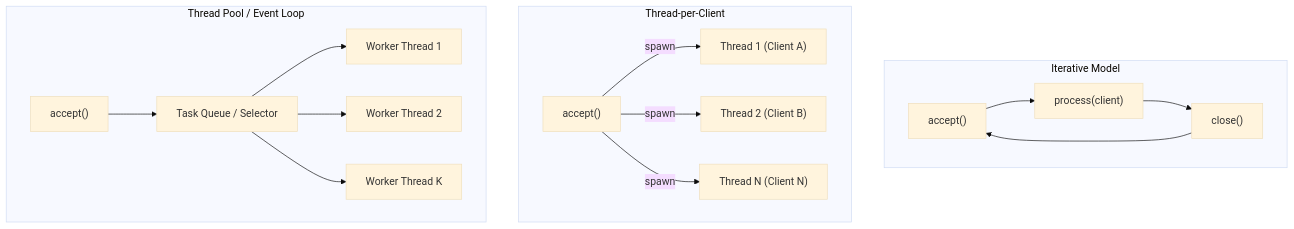
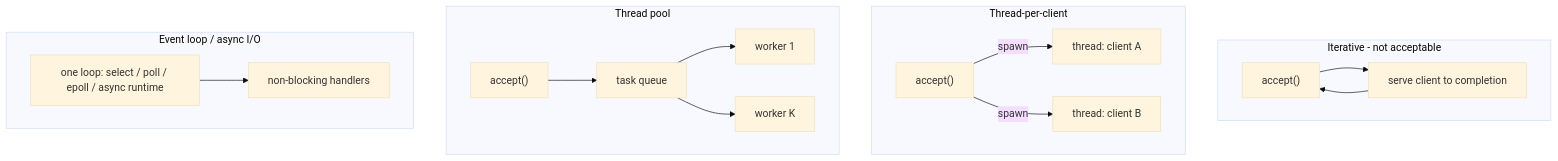
The first of 3 diagrams in docs/architecture.md (hungdn1701/network-programming-starter), drawn with Mermaid (base theme) before and after one commit. The commit also changed other lines of this file and 29 other files, not shown here.

````diff
--- a/docs/architecture.md
+++ b/docs/architecture.md
@@ -11,19 +12,17 @@
 ```mermaid
 graph TD
-    subgraph Iterative Model
-        IT_ACC["accept()"] --> IT_PRO["process(client)"] --> IT_CLO["close()"] --> IT_ACC
+    subgraph Iterative - not acceptable
+        IT_ACC["accept()"] --> IT_PRO["serve client to completion"] --> IT_ACC
     end
-
-    subgraph Thread-per-Client
-        TP_ACC["accept()"] -->|spawn| T1["Thread 1 (Client A)"]
-        TP_ACC -->|spawn| T2["Thread 2 (Client B)"]
-        TP_ACC -->|spawn| T3["Thread N (Client N)"]
+    subgraph Thread-per-client
+        TP_ACC["accept()"] -->|spawn| T1["thread: client A"]
+        TP_ACC -->|spawn| T2["thread: client B"]
     end
-
-    subgraph Thread Pool / Event Loop
-        EV_ACC["accept()"] --> Q["Task Queue / Selector"]
-        Q --> P1["Worker Thread 1"]
-        Q --> P2["Worker Thread 2"]
-        Q --> P3["Worker Thread K"]
+    subgraph Thread pool
+        PL_ACC["accept()"] --> Q["task queue"] --> W1["worker 1"]
+        Q --> W2["worker K"]
+    end
+    subgraph Event loop / async I/O
+        EV["one loop: select / poll / epoll / async runtime"] --> H["non-blocking handlers"]
     end
 ```
````
